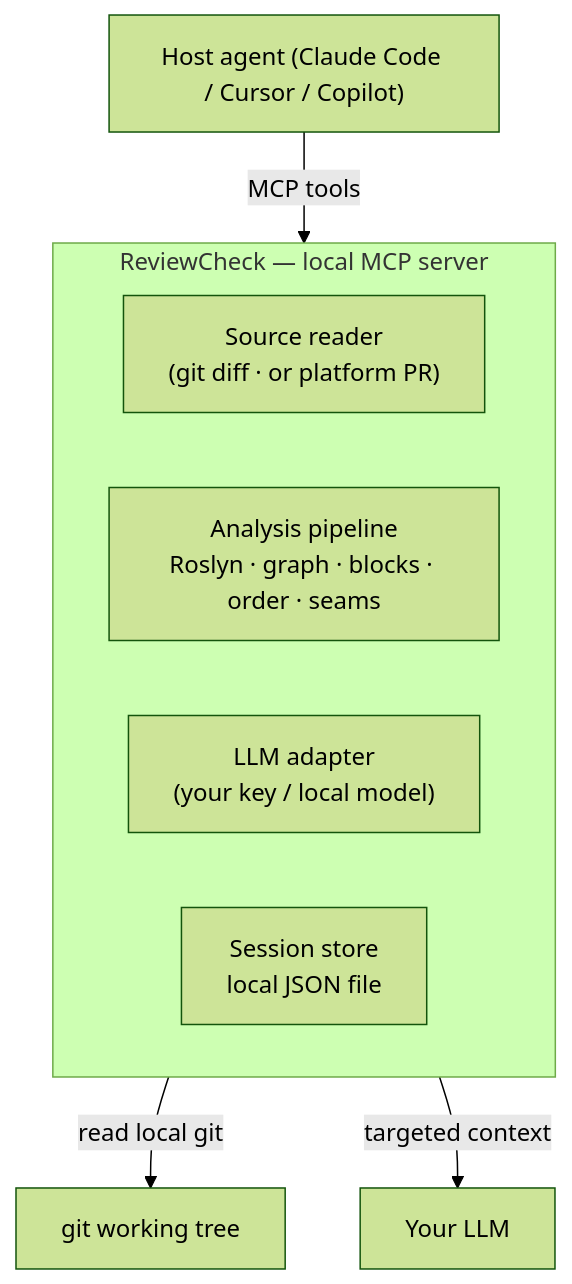
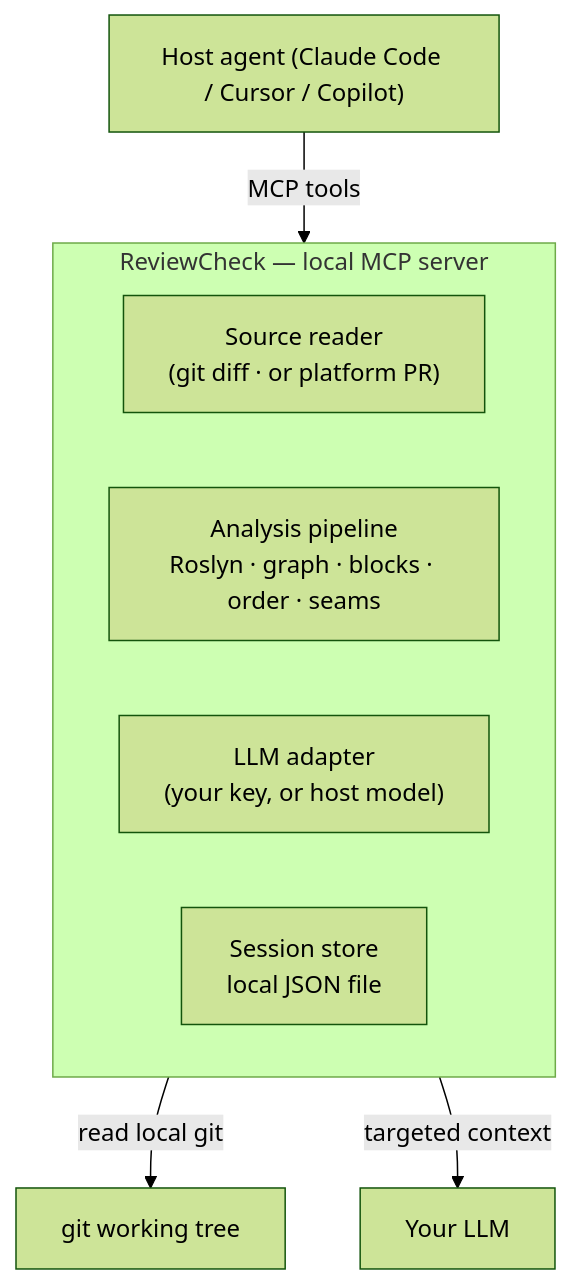
The second of 2 diagrams in README.md (Daisonoio/ReviewCheck), drawn with Mermaid (forest theme) before and after one commit. The commit also changed other lines of this file and 4 other files, not shown here.

````diff
--- a/README.md
+++ b/README.md
@@ -140,12 +141,12 @@
 ```mermaid
 flowchart TB
     Host["Host agent (Claude Code / Cursor / Copilot)"] -->|MCP tools| RC
     subgraph RC["ReviewCheck — local MCP server"]
         SR["Source reader<br/>(git diff · or platform PR)"]
         PL["Analysis pipeline<br/>Roslyn · graph · blocks · order · seams"]
-        LA["LLM adapter<br/>(your key / local model)"]
+        LA["LLM adapter<br/>(your key, or host model)"]
         SS["Session store<br/>local JSON file"]
     end
     RC -->|"read local git"| GH["git working tree"]
     RC -->|"targeted context"| LLM["Your LLM"]
 ```
````
